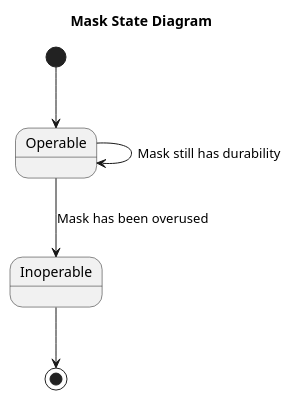
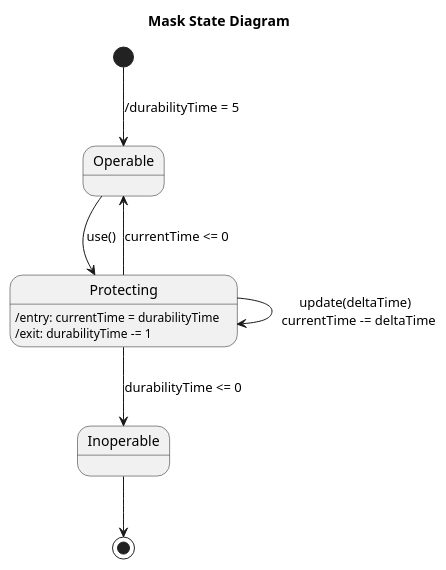
The diagram in docs/diagrams/state/mask-state.puml (sn4k3ch4rm3r/logarlec), drawn with PlantUML before and after one commit. The commit also changed 2 other files, not shown here.

Commit message:
Extended the diagrams, with based on the cmmment in issue 15.
#UML

```diff
--- a/docs/diagrams/state/mask-state.puml
+++ b/docs/diagrams/state/mask-state.puml
@@ -1,9 +1,13 @@
 @startuml mask
 title Mask State Diagram
 
-[*] --> Operable
-Operable --> Operable: Mask still has durability
-Operable --> Inoperable: Mask has been overused
+[*] --> Operable: /durabilityTime = 5
+Operable --> Protecting: use()
+Protecting --> Protecting: update(deltaTime) \n currentTime -= deltaTime
+Protecting --> Operable: currentTime <= 0
+Protecting --> Inoperable: durabilityTime <= 0
 Inoperable --> [*]
 
+
+Protecting: /entry: currentTime = durabilityTime \n/exit: durabilityTime -= 1
 @enduml
```
